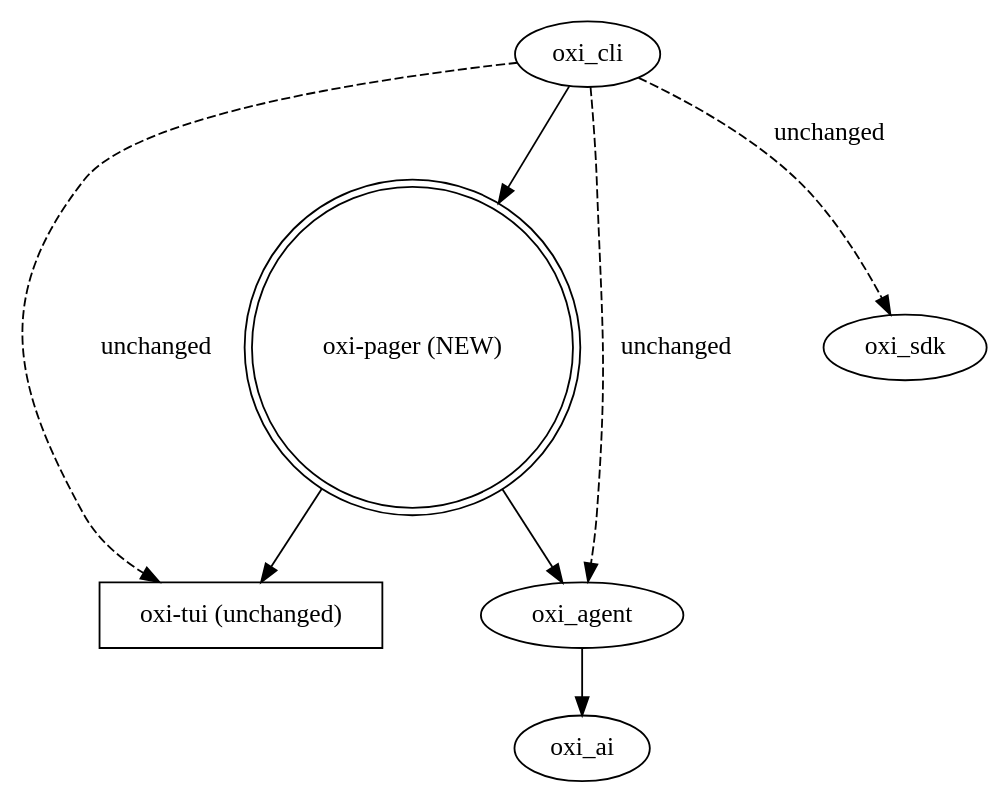
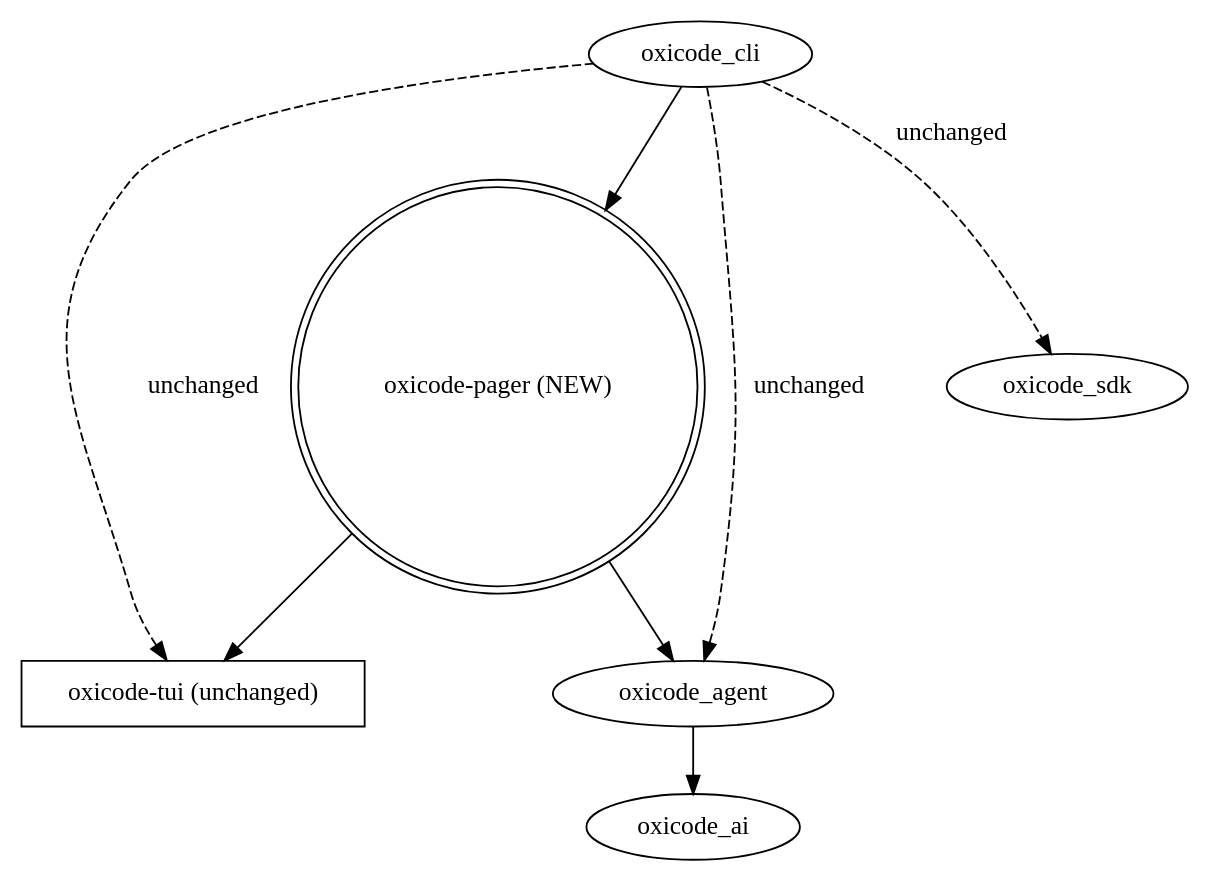
Before and after one commit to a7garden/oxi: the diagram in docs/superpowers/specs/2026-07-20-grok-pager-redesign.md, drawn with Graphviz. The commit also changed other lines of this file and 1247 other files, not shown here.

First line of the commit message:
rename!: oxi → oxicode — comprehensive project rename

````diff
--- a/docs/superpowers/specs/2026-07-20-grok-pager-redesign.md
+++ b/docs/superpowers/specs/2026-07-20-grok-pager-redesign.md
@@ -73,13 +73,13 @@
 ```dot
 digraph deps {
-    oxi_pager -> oxi_tui;
-    oxi_pager -> oxi_agent;
-    oxi_cli -> oxi_pager;
-    oxi_cli -> oxi_tui [style=dashed, label="unchanged"];
-    oxi_cli -> oxi_agent [style=dashed, label="unchanged"];
-    oxi_cli -> oxi_sdk [style=dashed, label="unchanged"];
-    oxi_agent -> oxi_ai;
-    oxi_tui [shape=box, label="oxi-tui (unchanged)"];
-    oxi_pager [shape=doublecircle, label="oxi-pager (NEW)"];
+    oxicode_pager -> oxicode_tui;
+    oxicode_pager -> oxicode_agent;
+    oxicode_cli -> oxicode_pager;
+    oxicode_cli -> oxicode_tui [style=dashed, label="unchanged"];
+    oxicode_cli -> oxicode_agent [style=dashed, label="unchanged"];
+    oxicode_cli -> oxicode_sdk [style=dashed, label="unchanged"];
+    oxicode_agent -> oxicode_ai;
+    oxicode_tui [shape=box, label="oxicode-tui (unchanged)"];
+    oxicode_pager [shape=doublecircle, label="oxicode-pager (NEW)"];
 }
 ```
````
